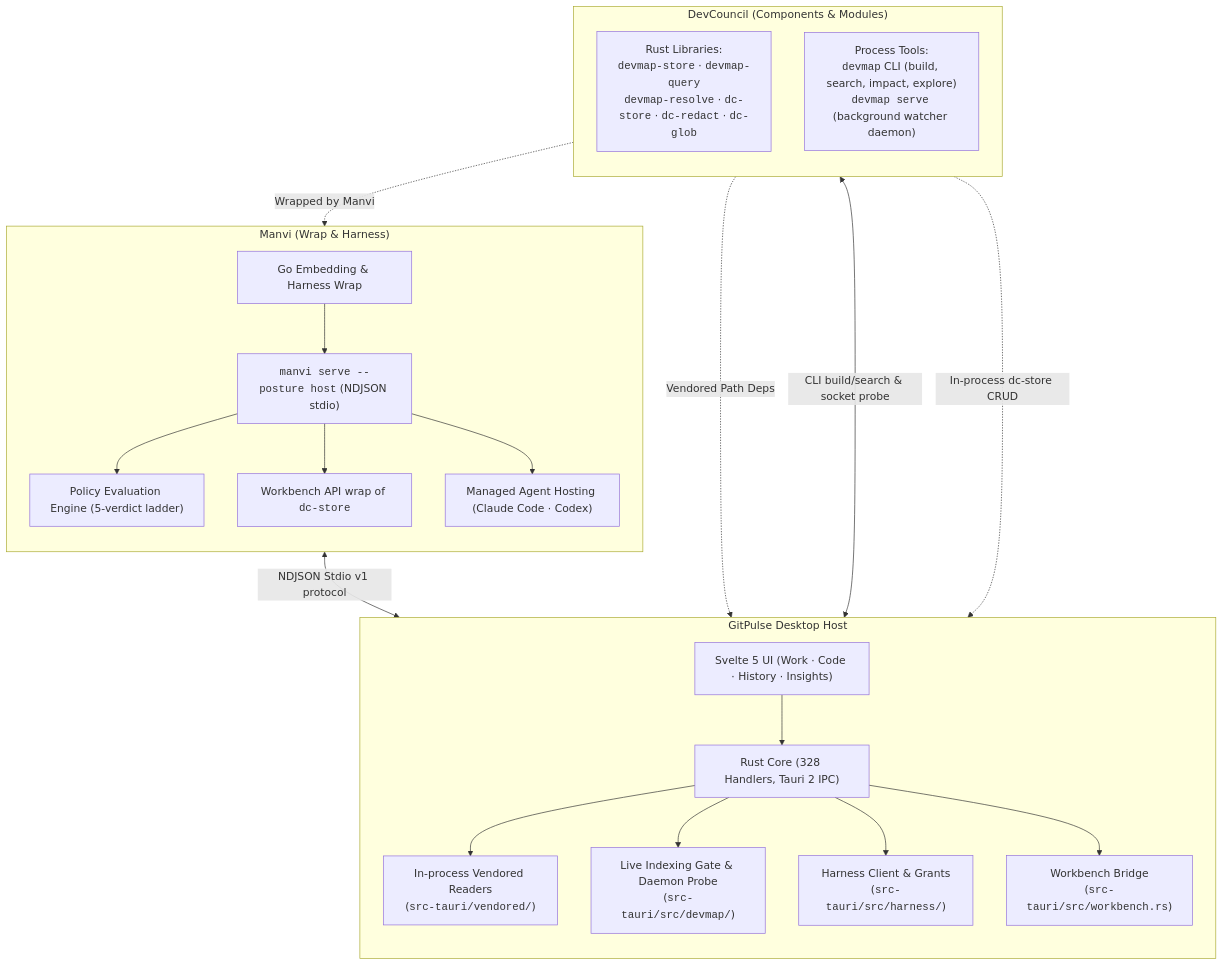
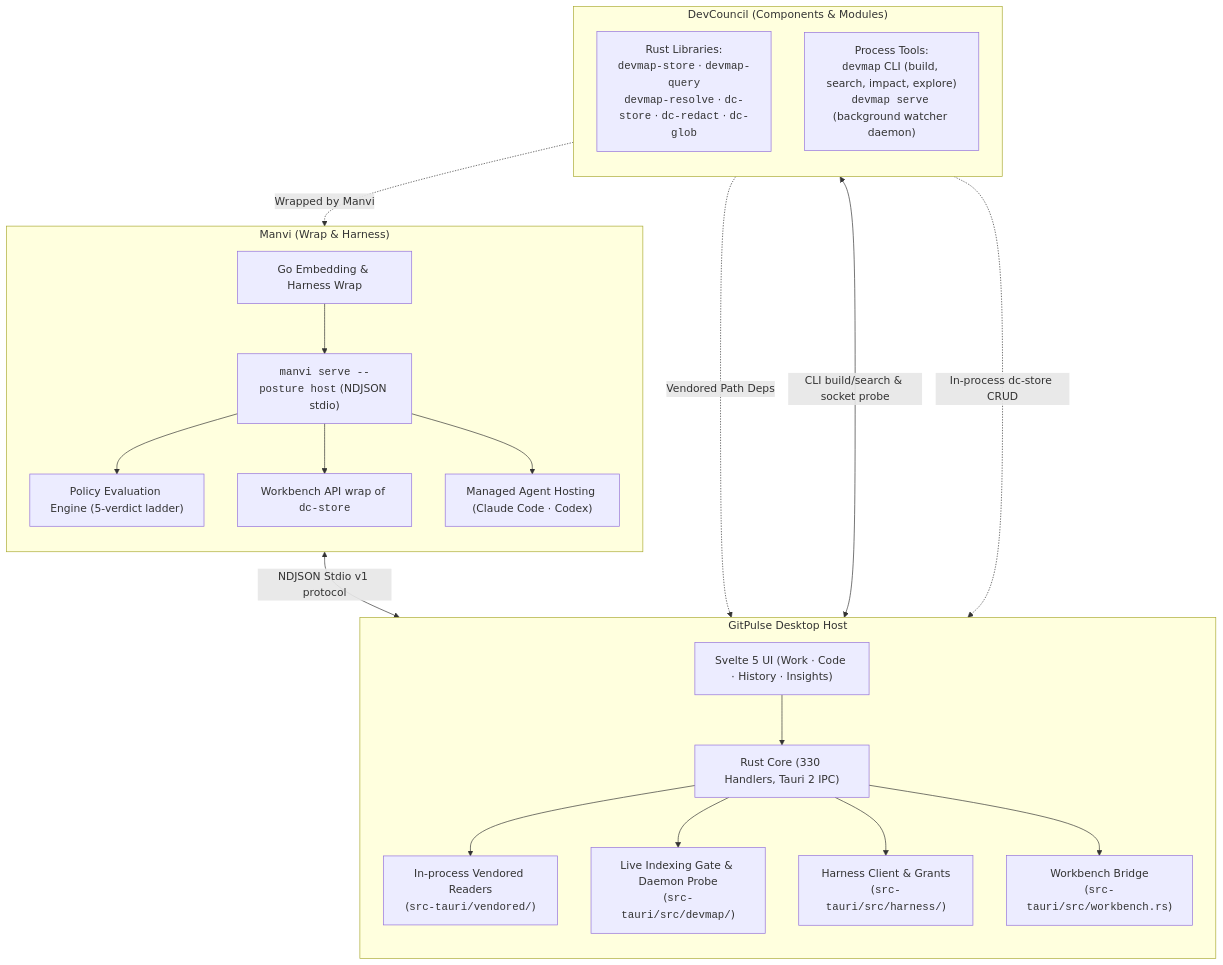
One commit to bharathvbcr/GitPulse changed the first of 3 diagrams in docs/MODULE_INTEGRATION.md. Above: the diagram before and after it, drawn with Mermaid. The commit also changed 18 other files, not shown here.

````diff
--- a/docs/MODULE_INTEGRATION.md
+++ b/docs/MODULE_INTEGRATION.md
@@ -40,43 +40,43 @@
 ```mermaid
 flowchart TD
     subgraph DevCouncil["DevCouncil (Components & Modules)"]
         direction TB
         DCLibs["Rust Libraries:<br/><code>devmap-store</code> · <code>devmap-query</code><br/><code>devmap-resolve</code> · <code>dc-store</code> · <code>dc-redact</code> · <code>dc-glob</code>"]
         DCCLI["Process Tools:<br/><code>devmap</code> CLI (build, search, impact, explore)<br/><code>devmap serve</code> (background watcher daemon)"]
     end
 
     subgraph Manvi["Manvi (Wrap & Harness)"]
         direction TB
         ManviWrap["Go Embedding & Harness Wrap"]
         ManviSidecar["<code>manvi serve --posture host</code> (NDJSON stdio)"]
         ManviPolicy["Policy Evaluation Engine (5-verdict ladder)"]
         ManviWorkbench["Workbench API wrap of <code>dc-store</code>"]
         ManviAgents["Managed Agent Hosting (Claude Code · Codex)"]
         ManviWrap --> ManviSidecar
         ManviSidecar --> ManviPolicy
         ManviSidecar --> ManviWorkbench
         ManviSidecar --> ManviAgents
     end
 
     subgraph GitPulseHost["GitPulse Desktop Host"]
         direction TB
         UIHost["Svelte 5 UI (Work · Code · History · Insights)"]
-        RustIPC["Rust Core (328 Handlers, Tauri 2 IPC)"]
+        RustIPC["Rust Core (330 Handlers, Tauri 2 IPC)"]
         InProcessReaders["In-process Vendored Readers<br/>(<code>src-tauri/vendored/</code>)"]
         CLIGate["Live Indexing Gate & Daemon Probe<br/>(<code>src-tauri/src/devmap/</code>)"]
         HarnessClient["Harness Client & Grants<br/>(<code>src-tauri/src/harness/</code>)"]
         WorkbenchCmd["Workbench Bridge<br/>(<code>src-tauri/src/workbench.rs</code>)"]
 
         UIHost --> RustIPC
         RustIPC --> InProcessReaders
         RustIPC --> CLIGate
         RustIPC --> HarnessClient
         RustIPC --> WorkbenchCmd
     end
 
     DCLibs -.->|Vendored Path Deps| InProcessReaders
     DCCLI <-->|CLI build/search & socket probe| CLIGate
     DCLibs -.->|Wrapped by Manvi| ManviWorkbench
     ManviSidecar <-->|NDJSON Stdio v1 protocol| HarnessClient
     DCLibs -.->|In-process dc-store CRUD| WorkbenchCmd
 ```
````
